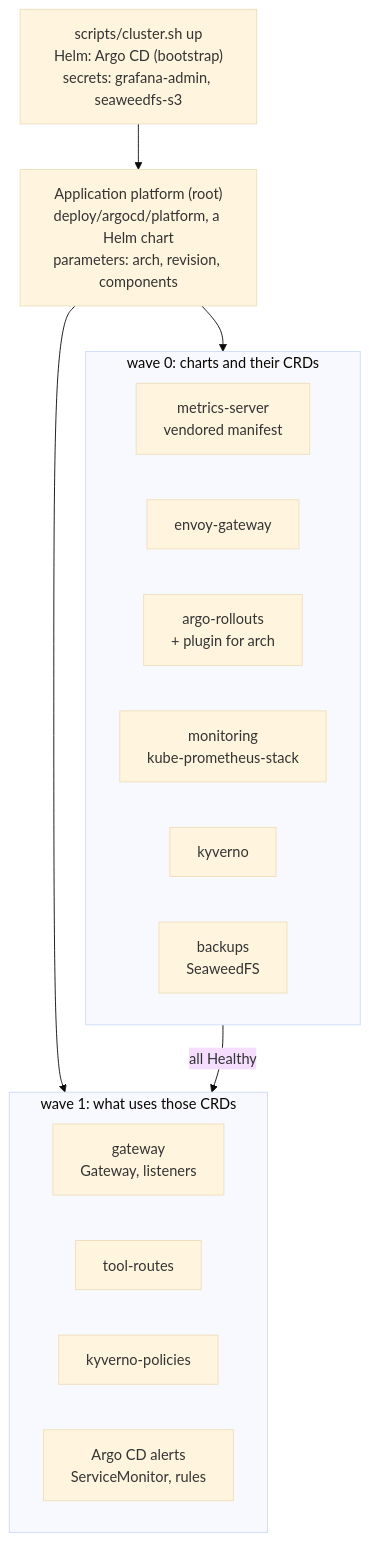
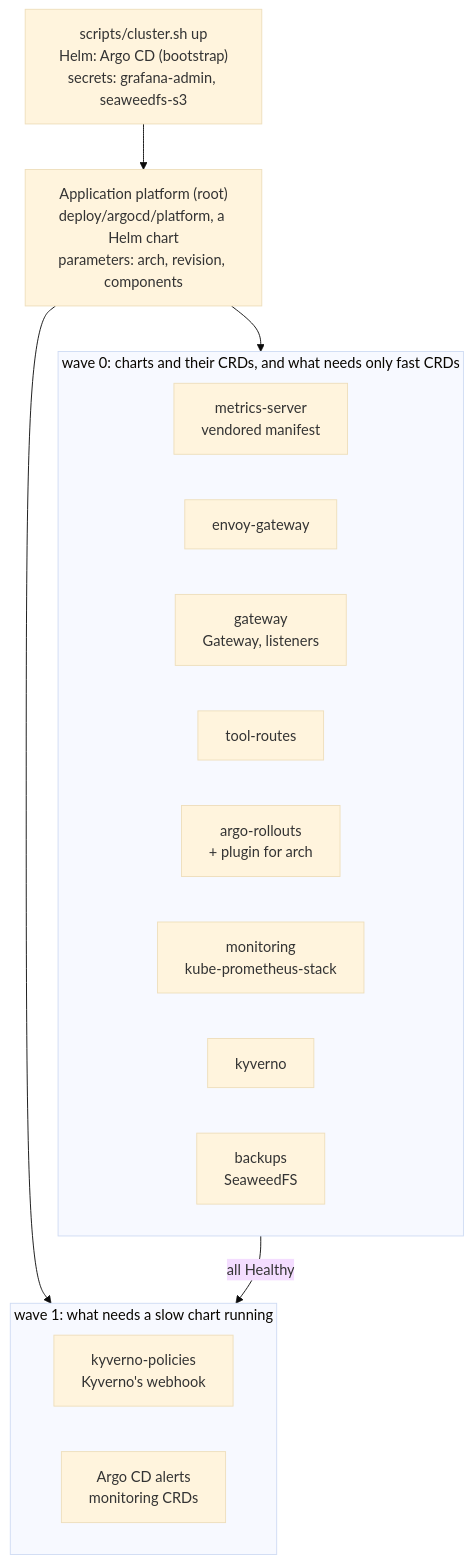
Before and after one commit to easypeasyops/links: the tenth of 10 diagrams in docs/DESIGN.md, drawn with Mermaid (base theme). The commit also changed other lines of this file and 5 other files, not shown here.

First line of the commit message:
platform: the Gateway and tool routes in wave 0, so the Envoy proxy starts alongside the slow charts

````diff
--- a/docs/DESIGN.md
+++ b/docs/DESIGN.md
@@ -877,24 +877,24 @@
 ```mermaid
 flowchart TB
   CS["scripts/cluster.sh up<br/>Helm: Argo CD (bootstrap)<br/>secrets: grafana-admin, seaweedfs-s3"] --> Root
   Root["Application platform (root)<br/>deploy/argocd/platform, a Helm chart<br/>parameters: arch, revision, components"]
   Root --> W0
   Root --> W1
-  subgraph W0["wave 0: charts and their CRDs"]
+  subgraph W0["wave 0: charts and their CRDs, and what needs only fast CRDs"]
     direction LR
     MS[metrics-server<br/>vendored manifest]
     EG[envoy-gateway]
+    GW[gateway<br/>Gateway, listeners]
+    TR[tool-routes]
     AR[argo-rollouts<br/>+ plugin for arch]
     KPS[monitoring<br/>kube-prometheus-stack]
     KY[kyverno]
     BK[backups<br/>SeaweedFS]
   end
-  subgraph W1["wave 1: what uses those CRDs"]
+  subgraph W1["wave 1: what needs a slow chart running"]
     direction LR
-    GW[gateway<br/>Gateway, listeners]
-    TR[tool-routes]
-    KP[kyverno-policies]
-    AM[Argo CD alerts<br/>ServiceMonitor, rules]
+    KP[kyverno-policies<br/>Kyverno's webhook]
+    AM[Argo CD alerts<br/>monitoring CRDs]
   end
   W0 -->|"all Healthy"| W1
 ```
````
